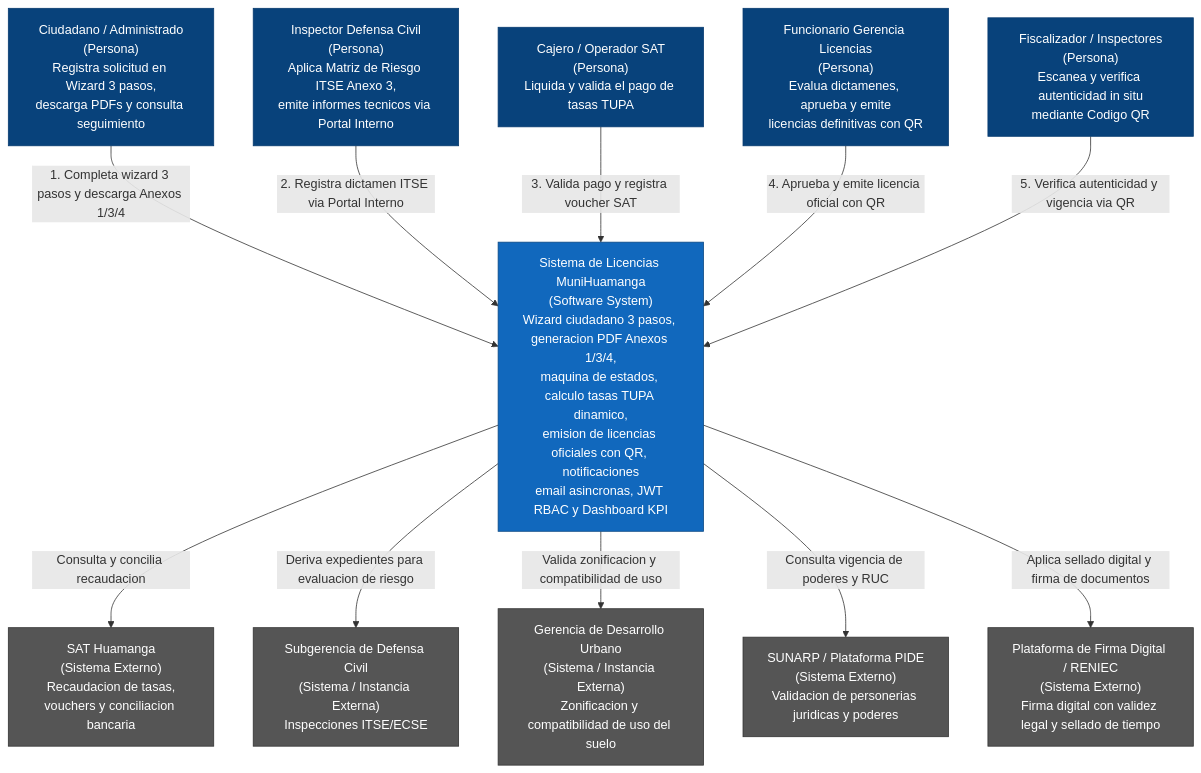
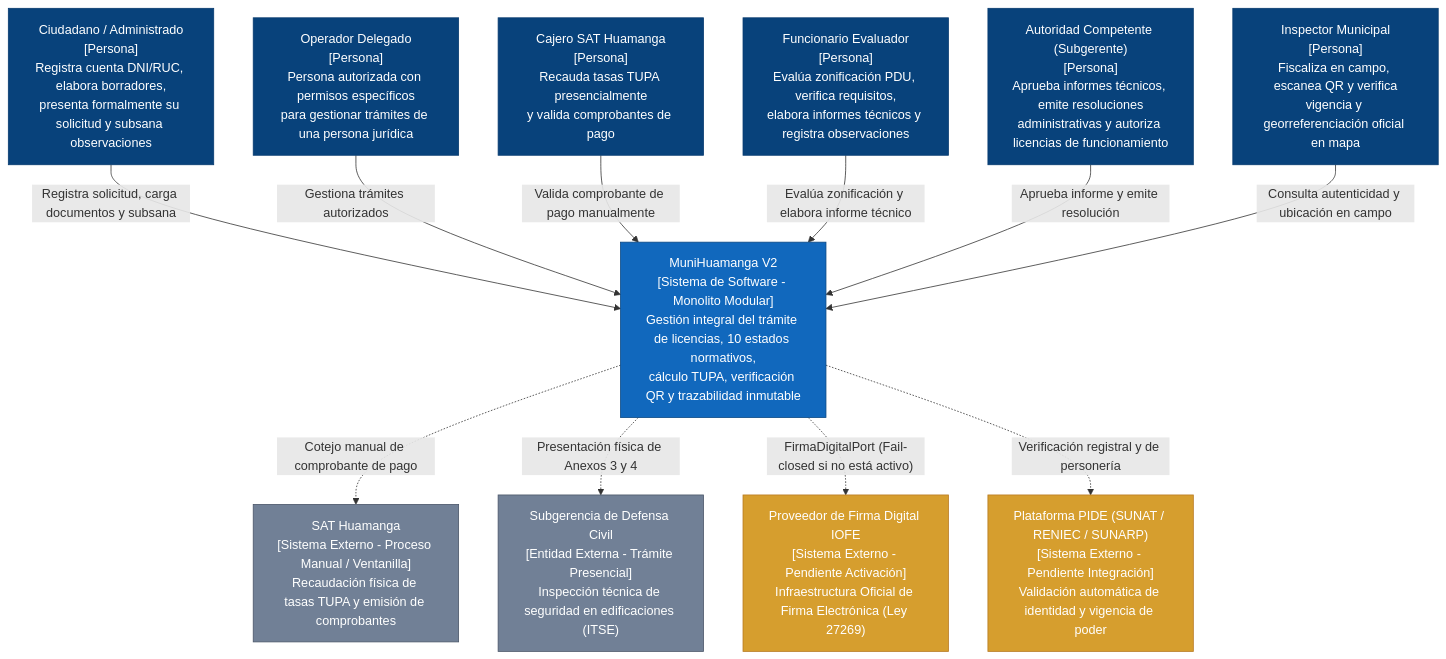
One commit to Issirc20/MuniHuamanga changed the first of 4 diagrams in docs/arquitectura/c4-model.md. Above: the diagram before and after it, drawn with Mermaid. The commit also changed other lines of this file and 4 other files, not shown here.

Commit message:
docs(architecture): consolidar estilo enfoque C4 y diseno V2

````diff
--- a/docs/arquitectura/c4-model.md
+++ b/docs/arquitectura/c4-model.md
@@ -13,32 +28,33 @@
 ```mermaid
 graph TD
     classDef person fill:#08427b,stroke:#073b6f,color:#fff;
     classDef system fill:#1168bd,stroke:#0b4884,color:#fff;
-    classDef extSystem fill:#555555,stroke:#333333,color:#fff;
+    classDef extManual fill:#718096,stroke:#4a5568,color:#fff;
+    classDef extPendiente fill:#d69e2e,stroke:#b7791f,color:#fff;
 
-    solicitante["Ciudadano / Administrado<br>(Persona)<br>Registra solicitud en Wizard 3 pasos,<br>descarga PDFs y consulta seguimiento"]:::person
-    inspectorItse["Inspector Defensa Civil<br>(Persona)<br>Aplica Matriz de Riesgo ITSE Anexo 3,<br>emite informes tecnicos via Portal Interno"]:::person
-    cajeroSat["Cajero / Operador SAT<br>(Persona)<br>Liquida y valida el pago de tasas TUPA"]:::person
-    funcionarioGL["Funcionario Gerencia Licencias<br>(Persona)<br>Evalua dictamenes, aprueba y emite<br>licencias definitivas con QR"]:::person
-    fiscalizador["Fiscalizador / Inspectores<br>(Persona)<br>Escanea y verifica autenticidad in situ<br>mediante Codigo QR"]:::person
+    ciudadano["Ciudadano / Administrado<br>[Persona]<br>Registra cuenta DNI/RUC, elabora borradores,<br>presenta formalmente su solicitud y subsana observaciones"]:::person
+    operador["Operador Delegado<br>[Persona]<br>Persona autorizada con permisos específicos<br>para gestionar trámites de una persona jurídica"]:::person
+    cajeroSat["Cajero SAT Huamanga<br>[Persona]<br>Recauda tasas TUPA presencialmente<br>y valida comprobantes de pago"]:::person
+    evaluador["Funcionario Evaluador<br>[Persona]<br>Evalúa zonificación PDU, verifica requisitos,<br>elabora informes técnicos y registra observaciones"]:::person
+    autoridad["Autoridad Competente (Subgerente)<br>[Persona]<br>Aprueba informes técnicos, emite resoluciones<br>administrativas y autoriza licencias de funcionamiento"]:::person
+    inspector["Inspector Municipal<br>[Persona]<br>Fiscaliza en campo, escanea QR y verifica<br>vigencia y georreferenciación oficial en mapa"]:::person
 
-    sistema["Sistema de Licencias MuniHuamanga<br>(Software System)<br>Wizard ciudadano 3 pasos, generacion PDF Anexos 1/3/4,<br>maquina de estados, calculo tasas TUPA dinamico,<br>emision de licencias oficiales con QR, notificaciones<br>email asincronas, JWT RBAC y Dashboard KPI"]:::system
+    sistema["MuniHuamanga V2<br>[Sistema de Software - Monolito Modular]<br>Gestión integral del trámite de licencias, 10 estados normativos,<br>cálculo TUPA, verificación QR y trazabilidad inmutable"]:::system
 
-    sat["SAT Huamanga<br>(Sistema Externo)<br>Recaudacion de tasas,<br>vouchers y conciliacion bancaria"]:::extSystem
-    defensaCivil["Subgerencia de Defensa Civil<br>(Sistema / Instancia Externa)<br>Inspecciones ITSE/ECSE"]:::extSystem
-    desarrolloUrbano["Gerencia de Desarrollo Urbano<br>(Sistema / Instancia Externa)<br>Zonificacion y compatibilidad de uso del suelo"]:::extSystem
-    sunarp["SUNARP / Plataforma PIDE<br>(Sistema Externo)<br>Validacion de personerias juridicas y poderes"]:::extSystem
-    reniecPki["Plataforma de Firma Digital / RENIEC<br>(Sistema Externo)<br>Firma digital con validez legal y sellado de tiempo"]:::extSystem
+    sat["SAT Huamanga<br>[Sistema Externo - Proceso Manual / Ventanilla]<br>Recaudación física de tasas TUPA y emisión de comprobantes"]:::extManual
+    defensaCivil["Subgerencia de Defensa Civil<br>[Entidad Externa - Trámite Presencial]<br>Inspección técnica de seguridad en edificaciones (ITSE)"]:::extManual
+    iofe["Proveedor de Firma Digital IOFE<br>[Sistema Externo - Pendiente Activación]<br>Infraestructura Oficial de Firma Electrónica (Ley 27269)"]:::extPendiente
+    pide["Plataforma PIDE (SUNAT / RENIEC / SUNARP)<br>[Sistema Externo - Pendiente Integración]<br>Validación automática de identidad y vigencia de poder"]:::extPendiente
 
-    solicitante -->|"1. Completa wizard 3 pasos y descarga Anexos 1/3/4"| sistema
-    inspectorItse -->|"2. Registra dictamen ITSE via Portal Interno"| sistema
-    cajeroSat -->|"3. Valida pago y registra voucher SAT"| sistema
-    funcionarioGL -->|"4. Aprueba y emite licencia oficial con QR"| sistema
-    fiscalizador -->|"5. Verifica autenticidad y vigencia via QR"| sistema
+    ciudadano -->|"Registra solicitud, carga documentos y subsana"| sistema
+    operador -->|"Gestiona trámites autorizados"| sistema
+    cajeroSat -->|"Valida comprobante de pago manualmente"| sistema
+    evaluador -->|"Evalúa zonificación y elabora informe técnico"| sistema
+    autoridad -->|"Aprueba informe y emite resolución"| sistema
+    inspector -->|"Consulta autenticidad y ubicación en campo"| sistema
 
-    sistema -->|"Consulta y concilia recaudacion"| sat
-    sistema -->|"Deriva expedientes para evaluacion de riesgo"| defensaCivil
-    sistema -->|"Valida zonificacion y compatibilidad de uso"| desarrolloUrbano
-    sistema -->|"Consulta vigencia de poderes y RUC"| sunarp
-    sistema -->|"Aplica sellado digital y firma de documentos"| reniecPki
+    sistema -.->|"Cotejo manual de comprobante de pago"| sat
+    sistema -.->|"Presentación física de Anexos 3 y 4"| defensaCivil
+    sistema -.->|"FirmaDigitalPort (Fail-closed si no está activo)"| iofe
+    sistema -.->|"Verificación registral y de personería"| pide
 ```
````
